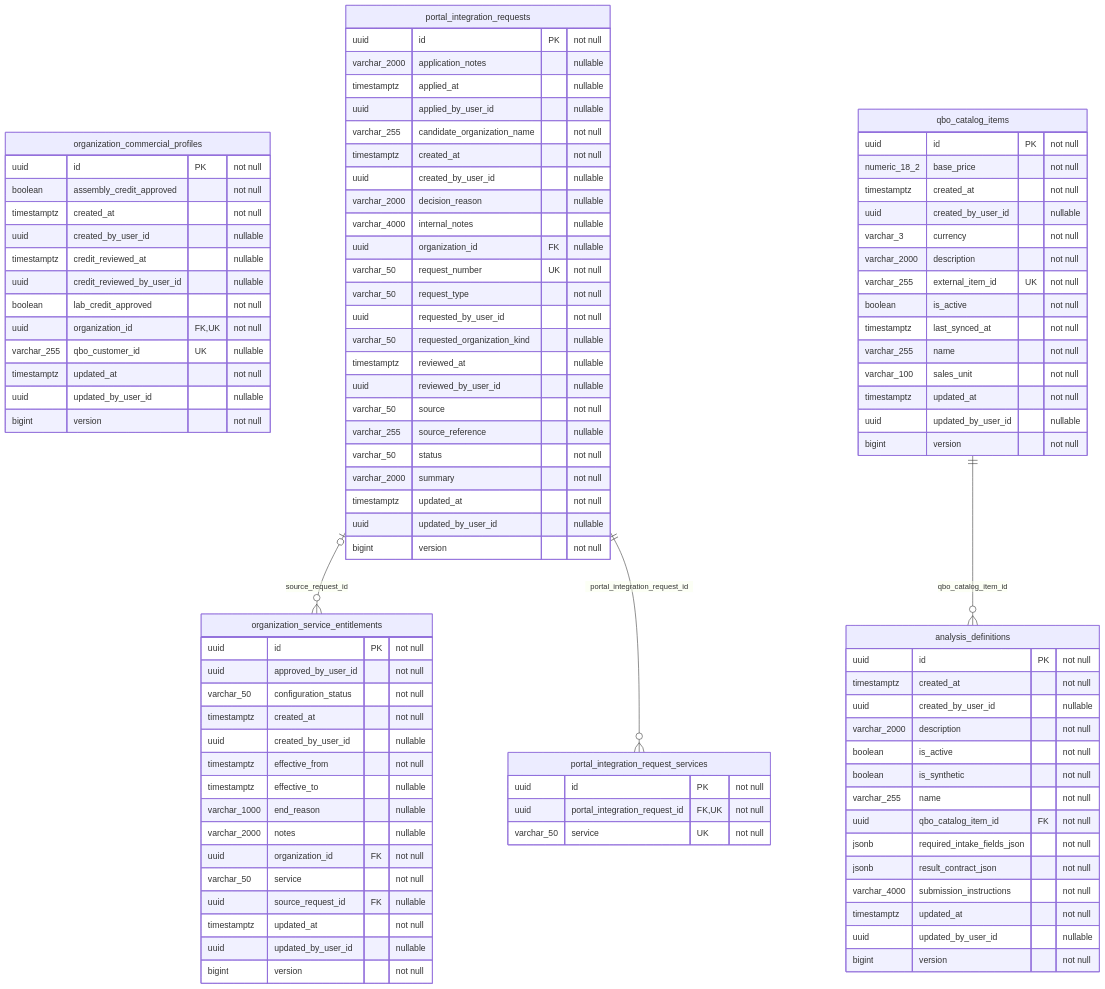
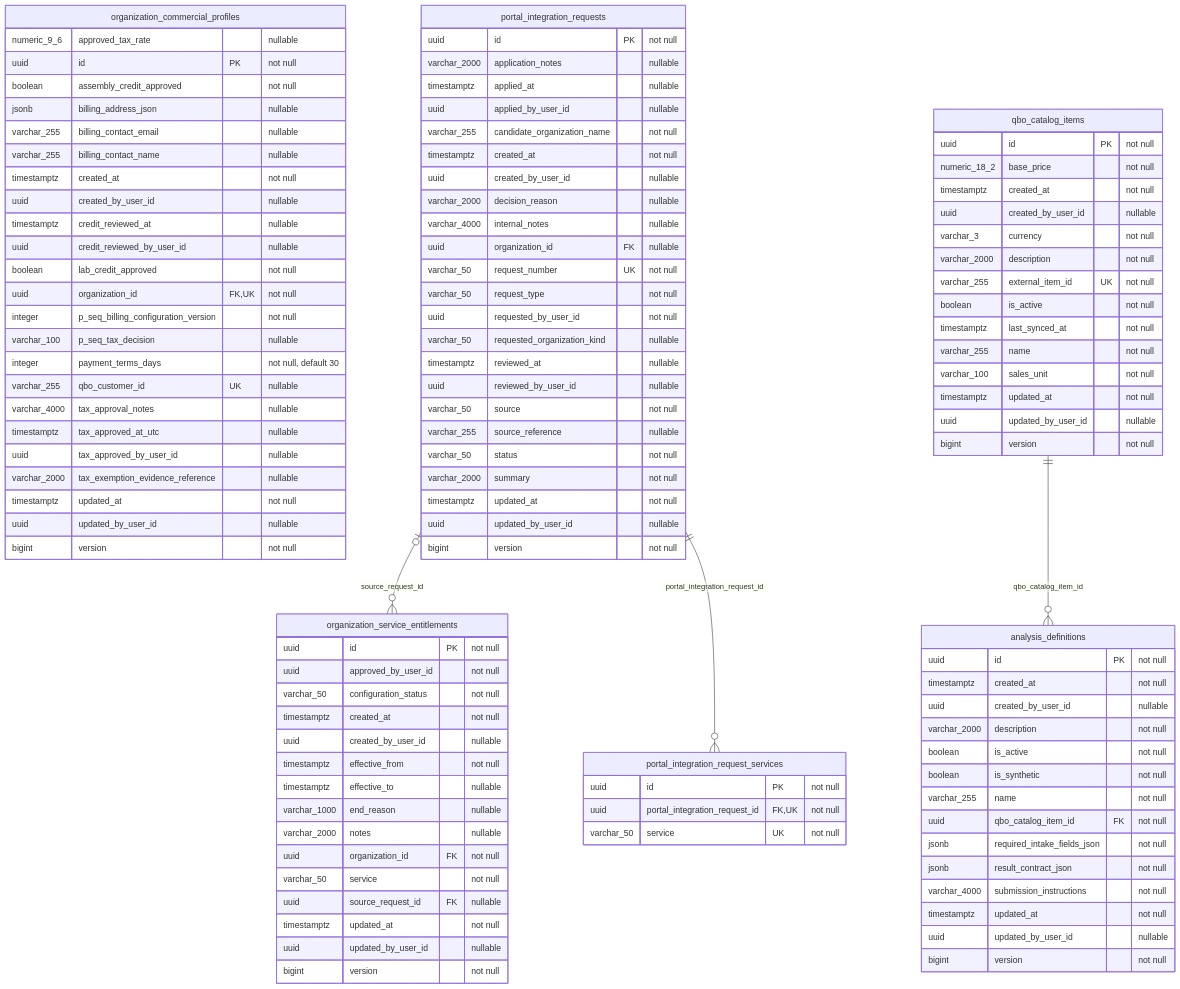
Before and after one commit to behaack/phaeno-ops-mgmt-system: the sixth of 23 diagrams in docs/database-erd.md, drawn with Mermaid. The commit also changed other lines of this file and 95 other files, not shown here.

```diff
--- a/docs/database-erd.md
+++ b/docs/database-erd.md
@@ -584,15 +648,26 @@
         bigint version "not null"
     }
     organization_commercial_profiles {
+        numeric_9_6 approved_tax_rate "nullable"
         uuid id PK "not null"
         boolean assembly_credit_approved "not null"
+        jsonb billing_address_json "nullable"
+        varchar_255 billing_contact_email "nullable"
+        varchar_255 billing_contact_name "nullable"
         timestamptz created_at "not null"
         uuid created_by_user_id "nullable"
         timestamptz credit_reviewed_at "nullable"
         uuid credit_reviewed_by_user_id "nullable"
         boolean lab_credit_approved "not null"
         uuid organization_id FK,UK "not null"
+        integer p_seq_billing_configuration_version "not null"
+        varchar_100 p_seq_tax_decision "nullable"
+        integer payment_terms_days "not null, default 30"
         varchar_255 qbo_customer_id UK "nullable"
+        varchar_4000 tax_approval_notes "nullable"
+        timestamptz tax_approved_at_utc "nullable"
+        uuid tax_approved_by_user_id "nullable"
+        varchar_2000 tax_exemption_evidence_reference "nullable"
         timestamptz updated_at "not null"
         uuid updated_by_user_id "nullable"
         bigint version "not null"
```
